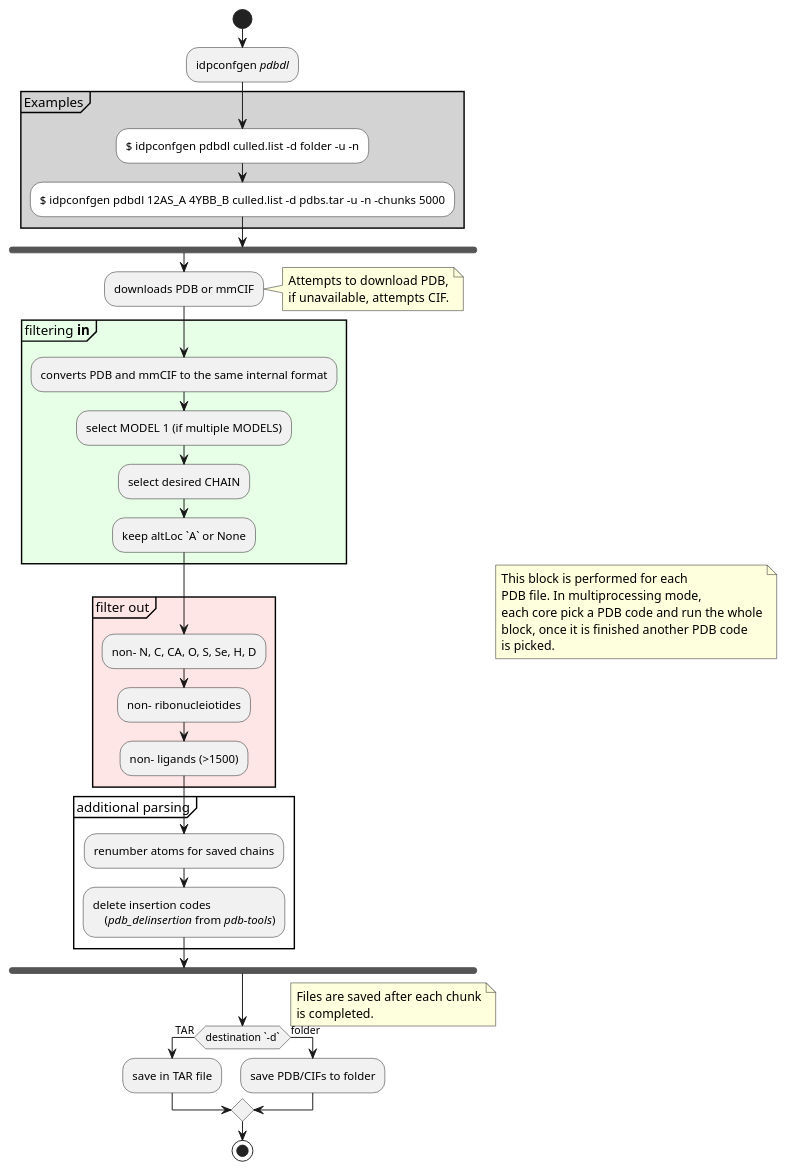
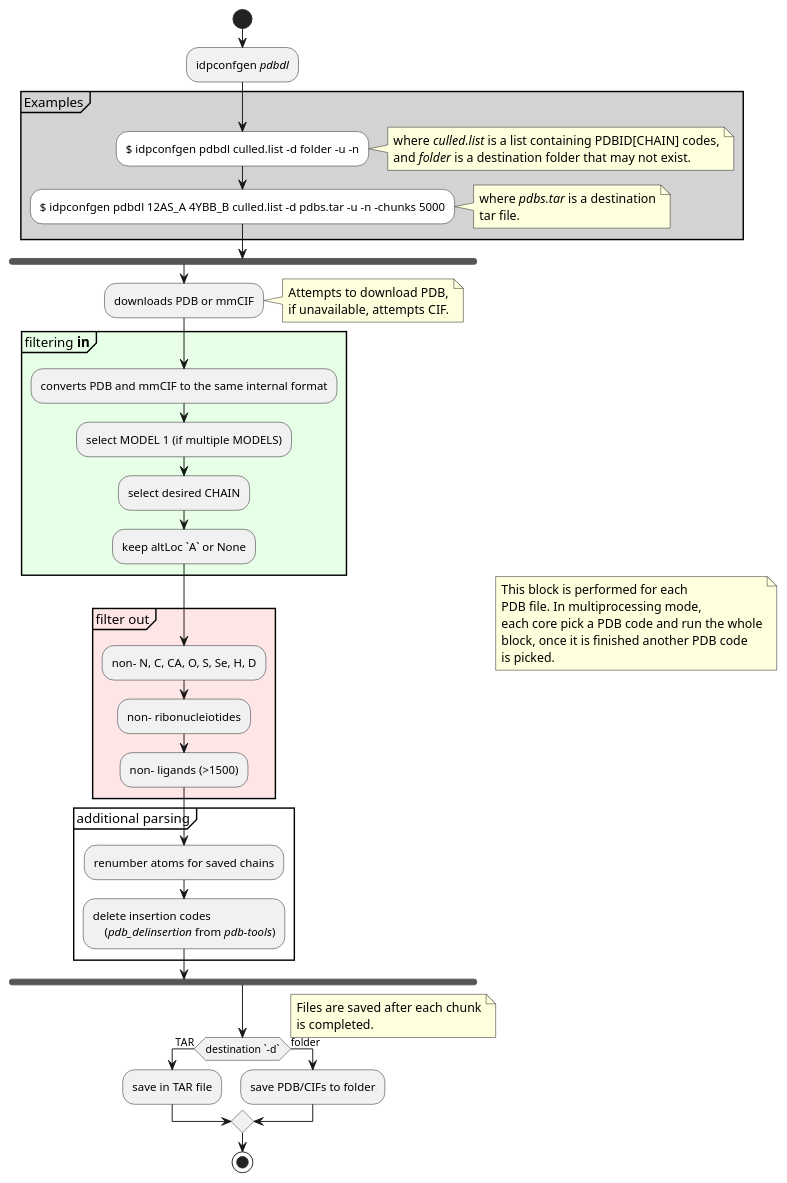
The diagram in docs/UMLs/idpconfgen_pdbdl.pu (julie-forman-kay-lab/IDPConformerGenerator), drawn with PlantUML before and after one commit. The commit also changed 1 other file, not shown here.

Commit message:
appends but not replace

```diff
--- a/docs/UMLs/idpconfgen_pdbdl.pu
+++ b/docs/UMLs/idpconfgen_pdbdl.pu
@@ -1,61 +1,69 @@
 @startuml
 
 start
 
 :idpconfgen //pdbdl//;
 
 partition #LIGHTGREY Examples {
     #WHITE:$ idpconfgen pdbdl culled.list -d folder -u -n;
+    note right
+        where //culled.list// is a list containing PDBID[CHAIN] codes,
+        and //folder// is a destination folder that may not exist.
+    end note
     #WHITE:$ idpconfgen pdbdl 12AS_A 4YBB_B culled.list -d pdbs.tar -u -n -chunks 5000;
+    note right
+        where //pdbs.tar// is a destination
+        tar file.
+    end note
     }
 
 fork
 
 :downloads PDB or mmCIF;
 note right
     Attempts to download PDB,
     if unavailable, attempts CIF.
 end note
 
 partition #e6ffe6 "filtering **in**" {
     :converts PDB and mmCIF to the same internal format;
     :select MODEL 1 (if multiple MODELS);
     :select desired CHAIN;
     :keep altLoc `A` or None;
 }
 
 partition #ffe6e6 "filter out" {
     :non- N, C, CA, O, S, Se, H, D;
     :non- ribonucleiotides;
     :non- ligands (>1500);
 
 }
 
 partition "additional parsing" {
     :renumber atoms for saved chains;
     :delete insertion codes
         (//pdb_delinsertion// from //pdb-tools//);
 }
 
 end fork
 note right
     This block is performed for each
     PDB file. In multiprocessing mode,
     each core pick a PDB code and run the whole
     block, once it is finished another PDB code
     is picked.
 end note
 
 if (destination `-d`) then (TAR)
     :save in TAR file;
 else (folder)
     :save PDB/CIFs to folder;
 endif
 note right
     Files are saved after each chunk
     is completed.
 end note
 
 stop
 
 @enduml
```
